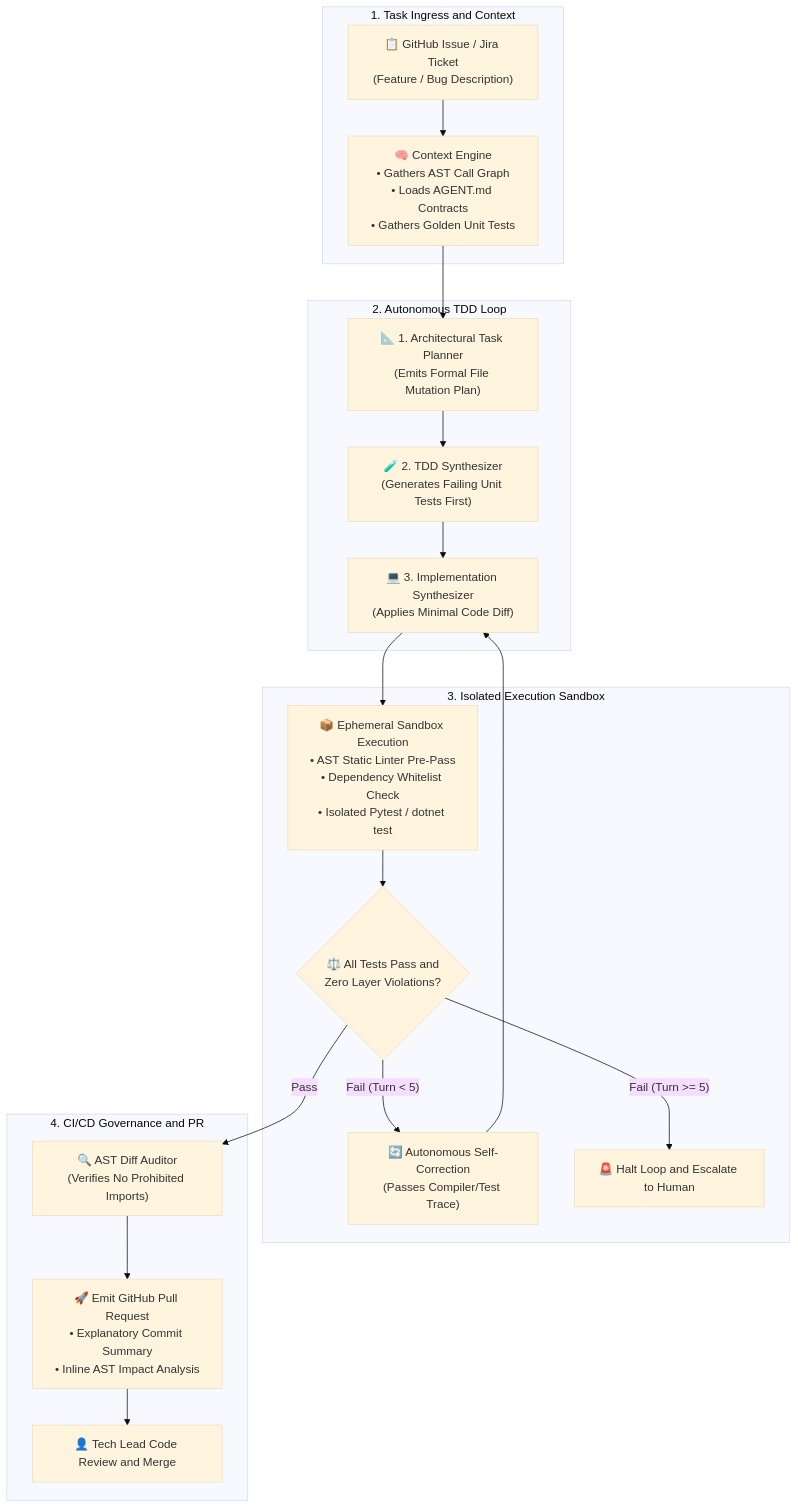
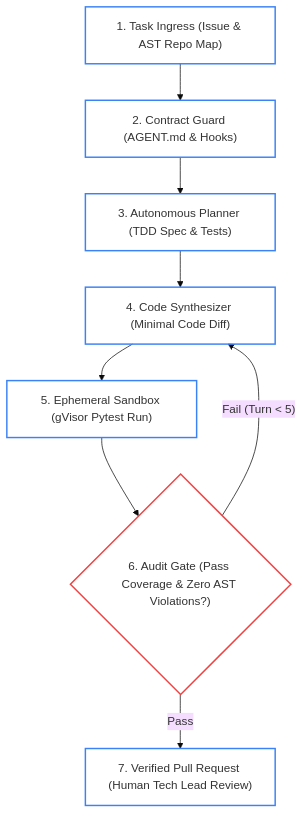
Before and after one commit to dip4k/senior-engineer-to-ai-engineer-roadmap: the first of 2 diagrams in use-cases/use-case-01-ai-assisted-sdlc.md, drawn with Mermaid (base theme). The commit also changed other lines of this file and 49 other files, not shown here.

First line of the commit message:
feat(curriculum): complete 2026 refactoring across roadmaps, use-cases, labs, and agent-forge

````diff
--- a/use-cases/use-case-01-ai-assisted-sdlc.md
+++ b/use-cases/use-case-01-ai-assisted-sdlc.md
@@ -24,26 +32,22 @@
 ```mermaid
 flowchart TD
-    subgraph Ingress["1. Task Ingress and Context"]
-        Issue["📋 GitHub Issue / Jira Ticket<br>(Feature / Bug Description)"] --> Context["🧠 Context Engine<br>• Gathers AST Call Graph<br>• Loads AGENT.md Contracts<br>• Gathers Golden Unit Tests"]
-    end
+    Issue["1. Task Ingress (Issue & AST Repo Map)"]
+    Contract["2. Contract Guard (AGENT.md & Hooks)"]
+    Planner["3. Autonomous Planner (TDD Spec & Tests)"]
+    Coder["4. Code Synthesizer (Minimal Code Diff)"]
+    Sandbox["5. Ephemeral Sandbox (gVisor Pytest Run)"]
+    Gate{"6. Audit Gate (Pass Coverage & Zero AST Violations?)"}
+    PR["7. Verified Pull Request (Human Tech Lead Review)"]
 
-    subgraph AgentLoop["2. Autonomous TDD Loop"]
-        Context --> Plan["📐 1. Architectural Task Planner<br>(Emits Formal File Mutation Plan)"]
-        Plan --> TDD_Gen["🧪 2. TDD Synthesizer<br>(Generates Failing Unit Tests First)"]
-        TDD_Gen --> Code_Gen["💻 3. Implementation Synthesizer<br>(Applies Minimal Code Diff)"]
-    end
+    Issue --> Contract
+    Contract --> Planner
+    Planner --> Coder
+    Coder --> Sandbox
+    Sandbox --> Gate
+    Gate -- "Fail (Turn < 5)" --> Coder
+    Gate -- "Pass" --> PR
 
-    subgraph Sandbox["3. Isolated Execution Sandbox"]
-        Code_Gen --> Runner["📦 Ephemeral Sandbox Execution<br>• AST Static Linter Pre-Pass<br>• Dependency Whitelist Check<br>• Isolated Pytest / dotnet test"]
-        Runner --> Gate{"⚖️ All Tests Pass and<br>Zero Layer Violations?"}
-        Gate -- "Fail (Turn < 5)" --> SelfCorrect["🔄 Autonomous Self-Correction<br>(Passes Compiler/Test Trace)"]
-        SelfCorrect --> Code_Gen
-        Gate -- "Fail (Turn >= 5)" --> Escalate["🚨 Halt Loop and Escalate to Human"]
-    end
-
-    subgraph Governance["4. CI/CD Governance and PR"]
-        Gate -- "Pass" --> DiffAST["🔍 AST Diff Auditor<br>(Verifies No Prohibited Imports)"]
-        DiffAST --> PR["🚀 Emit GitHub Pull Request<br>• Explanatory Commit Summary<br>• Inline AST Impact Analysis"]
-        PR --> HumanReview["👤 Tech Lead Code Review and Merge"]
-    end
+    classDef default fill:none,stroke:#3b82f6,stroke-width:2px;
+    classDef gate fill:none,stroke:#ef4444,stroke-width:2px;
+    class Gate gate;
 ```
````
